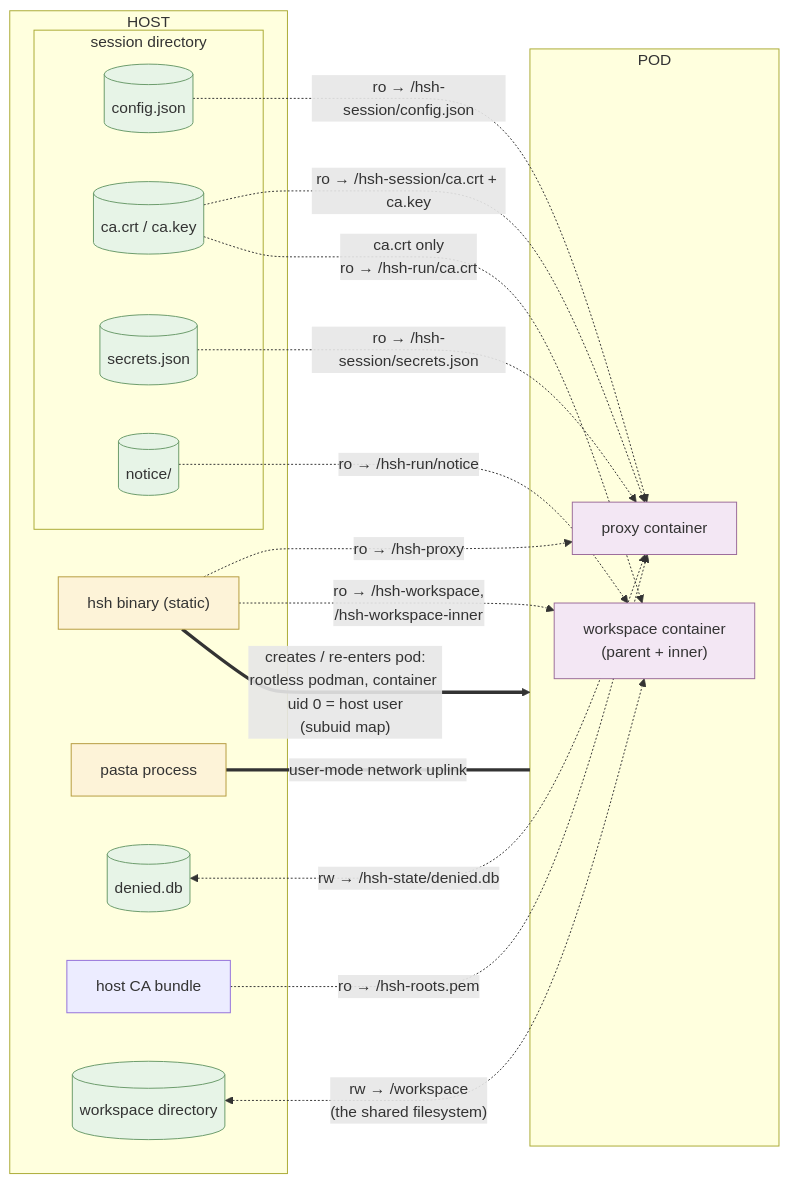
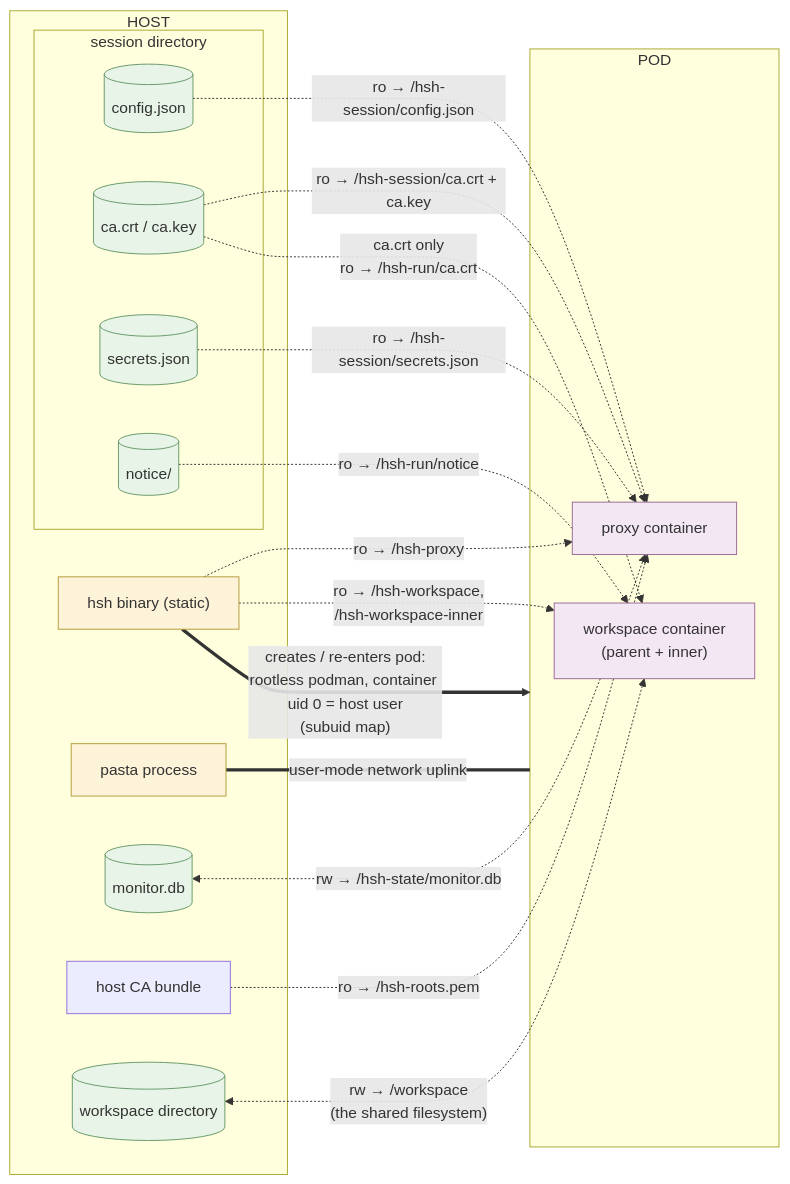
Before and after one commit to philips/hsh: the third of 3 diagrams in docs/architecture.md, drawn with Mermaid. The commit also changed other lines of this file and 55 other files, not shown here.

First line of the commit message:
config versioning; denied.db becomes monitor.db

````diff
--- a/docs/architecture.md
+++ b/docs/architecture.md
@@ -113,43 +113,43 @@
 ```mermaid
 flowchart LR
     classDef proc fill:#fdf3d8,stroke:#b59b3e
     classDef file fill:#e7f4e7,stroke:#6a9a6a
     classDef ctr fill:#f3e7f4,stroke:#9a6a9a
 
     subgraph HOST["HOST"]
         hshbin["hsh binary (static)"]
         pasta["pasta process"]
         subgraph SESDIR["session directory"]
             cfgcopy[("config.json")]
             cafiles[("ca.crt / ca.key")]
             secretsjson[("secrets.json")]
             noticedir[("notice/")]
         end
-        denieddb[("denied.db")]
+        monitordb[("monitor.db")]
         caBundle["host CA bundle"]
         wsdir[("workspace directory")]
     end
 
     subgraph POD["POD"]
         PROXY["proxy container"]
         WSC["workspace container<br/>(parent + inner)"]
     end
 
     hshbin -.->|"ro → /hsh-proxy"| PROXY
     hshbin -.->|"ro → /hsh-workspace,<br/>/hsh-workspace-inner"| WSC
     cfgcopy -.->|"ro → /hsh-session/config.json"| PROXY
     secretsjson -.->|"ro → /hsh-session/secrets.json"| PROXY
     cafiles -.->|"ro → /hsh-session/ca.crt + ca.key"| PROXY
     caBundle -.->|"ro → /hsh-roots.pem"| PROXY
-    denieddb <-.->|"rw → /hsh-state/denied.db"| PROXY
+    monitordb <-.->|"rw → /hsh-state/monitor.db"| PROXY
     cafiles -.->|"ca.crt only<br/>ro → /hsh-run/ca.crt"| WSC
     noticedir -.->|"ro → /hsh-run/notice"| WSC
     wsdir <-.->|"rw → /workspace<br/>(the shared filesystem)"| WSC
     pasta ===|"user-mode network uplink"| POD
 
     hshbin ==>|"creates / re-enters pod:<br/>rootless podman, container uid 0 = host user<br/>(subuid map)"| POD
 
     class hshbin,pasta proc
-    class cfgcopy,cafiles,secretsjson,noticedir,denieddb,wsdir file
+    class cfgcopy,cafiles,secretsjson,noticedir,monitordb,wsdir file
     class PROXY,WSC ctr
 ```
````
